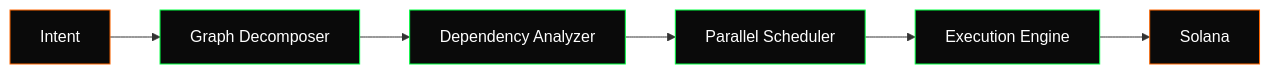
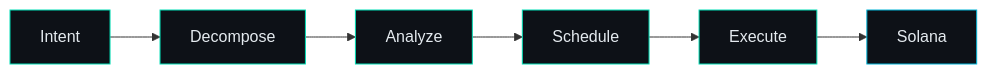
Before and after one commit to WaneProtocol/wane-vault: the diagram in README.md, drawn with Mermaid. The commit also changed other lines of this file and 41 other files, not shown here.

Commit message:
refactor: IVZA rename, CI fixes, architecture update

````diff
--- a/README.md
+++ b/README.md
@@ -38,15 +15,15 @@
 ```mermaid
 flowchart LR
-    A[Intent] --> B[Graph Decomposer]
-    B --> C[Dependency Analyzer]
-    C --> D[Parallel Scheduler]
-    D --> E[Execution Engine]
+    A[Intent] --> B[Decompose]
+    B --> C[Analyze]
+    C --> D[Schedule]
+    D --> E[Execute]
     E --> F[Solana]
 
-    style A fill:#0a0a0a,stroke:#ff6600,color:#ffffff
-    style B fill:#0a0a0a,stroke:#00ff41,color:#ffffff
-    style C fill:#0a0a0a,stroke:#00ff41,color:#ffffff
-    style D fill:#0a0a0a,stroke:#00ff41,color:#ffffff
-    style E fill:#0a0a0a,stroke:#00ff41,color:#ffffff
-    style F fill:#0a0a0a,stroke:#ff6600,color:#ffffff
+    style A fill:#0d1117,stroke:#00ddb5,color:#e4eaef
+    style B fill:#0d1117,stroke:#00ddb5,color:#e4eaef
+    style C fill:#0d1117,stroke:#00ddb5,color:#e4eaef
+    style D fill:#0d1117,stroke:#00ddb5,color:#e4eaef
+    style E fill:#0d1117,stroke:#00ddb5,color:#e4eaef
+    style F fill:#0d1117,stroke:#00b4d8,color:#e4eaef
 ```
````
